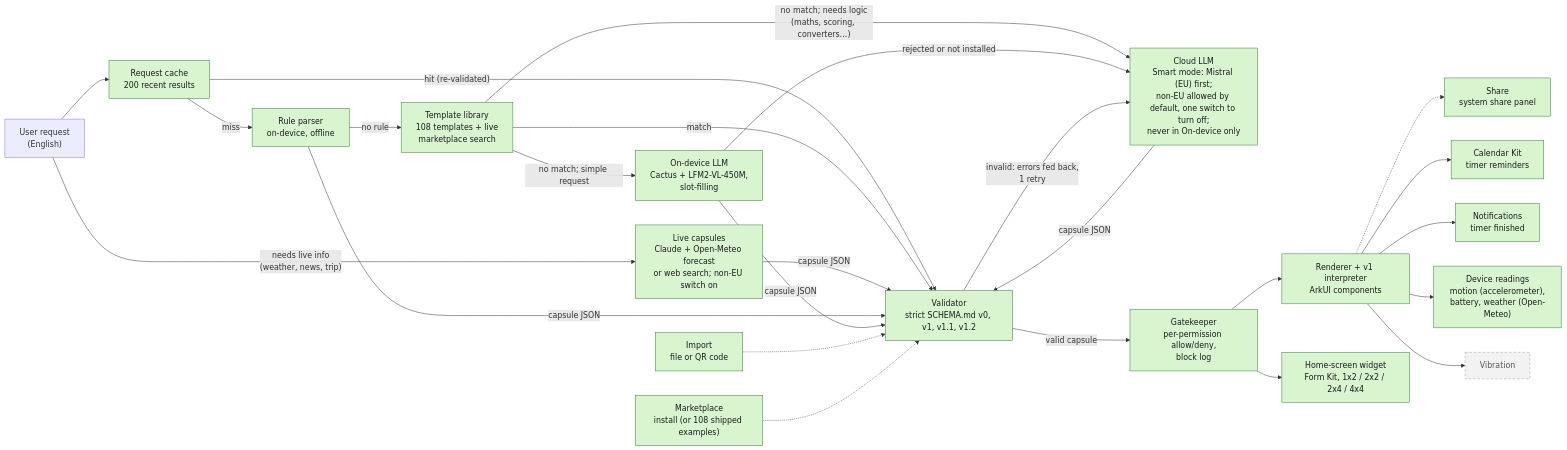
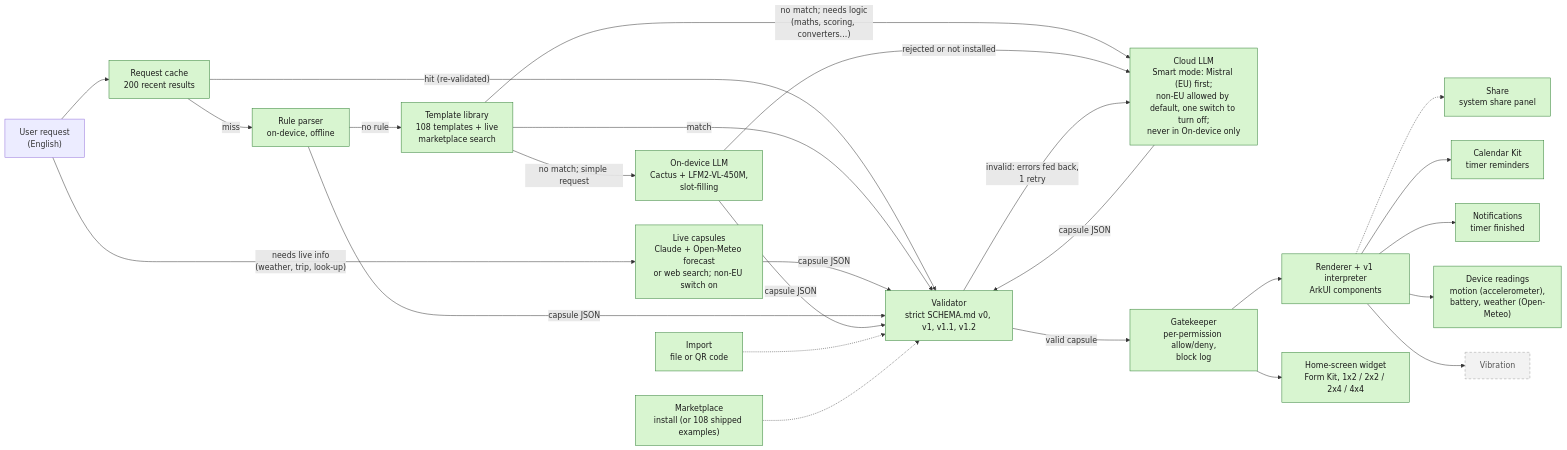
Before and after one commit to Akshaz7/capsules-harmonyos: the diagram in README.md, drawn with Mermaid. The commit also changed other lines of this file and 5 other files, not shown here.

Commit message:
docs: live news/prices refused with an alternative, new failure card with Try with cloud AI, full-page capsule with a ⋯ menu; 361 tests at 260e558

````diff
--- a/README.md
+++ b/README.md
@@ -31,32 +31,32 @@
 ```mermaid
 flowchart LR
     R["User request<br/>(English)"] --> C["Request cache<br/>200 recent results"]
     C -- "hit (re-validated)" --> V
     C -- "miss" --> P["Rule parser<br/>on-device, offline"]
     P -- "no rule" --> T["Template library<br/>108 templates + live<br/>marketplace search"]
     T -- "match" --> V
     T -- "no match; simple request" --> OD["On-device LLM<br/>Cactus + LFM2-VL-450M,<br/>slot-filling"]
     T -- "no match; needs logic<br/>(maths, scoring, converters…)" --> AI["Cloud LLM<br/>Smart mode: Mistral (EU) first;<br/>non-EU allowed by default, one switch to turn off;<br/>never in On-device only"]
-    R -- "needs live info<br/>(weather, news, trip)" --> LV["Live capsules<br/>Claude + Open-Meteo forecast<br/>or web search; non-EU switch on"]
+    R -- "needs live info<br/>(weather, trip, look-up)" --> LV["Live capsules<br/>Claude + Open-Meteo forecast<br/>or web search; non-EU switch on"]
     LV -- "capsule JSON" --> V
     OD -- "rejected or not installed" --> AI
     P -- "capsule JSON" --> V["Validator<br/>strict SCHEMA.md v0, v1, v1.1, v1.2"]
     OD -- "capsule JSON" --> V
     AI -- "capsule JSON" --> V
     IM["Import<br/>file or QR code"] -.-> V
     MK["Marketplace<br/>install (or 108 shipped examples)"] -.-> V
     RN -.-> EX["Share<br/>system share panel"]
     V -- "invalid: errors fed back,<br/>1 retry" --> AI
     V -- "valid capsule" --> G["Gatekeeper<br/>per-permission allow/deny,<br/>block log"]
     G --> RN["Renderer + v1 interpreter<br/>ArkUI components"]
     RN --> CAL["Calendar Kit<br/>timer reminders"]
     RN --> N["Notifications<br/>timer finished"]
     RN --> DR["Device readings<br/>motion (accelerometer),<br/>battery, weather (Open-Meteo)"]
     RN --> VB["Vibration"]
     G --> W["Home-screen widget<br/>Form Kit, 1x2 / 2x2 / 2x4 / 4x4"]
 
     classDef built fill:#d8f5d0,stroke:#2e7d32,color:#1b1b1b
     classDef planned fill:#f2f2f2,stroke:#9e9e9e,stroke-dasharray:5 4,color:#555
     class C,P,T,OD,AI,V,G,RN,CAL,N,W,IM,MK,EX,DR,LV built
     class VB planned
 ```
````
